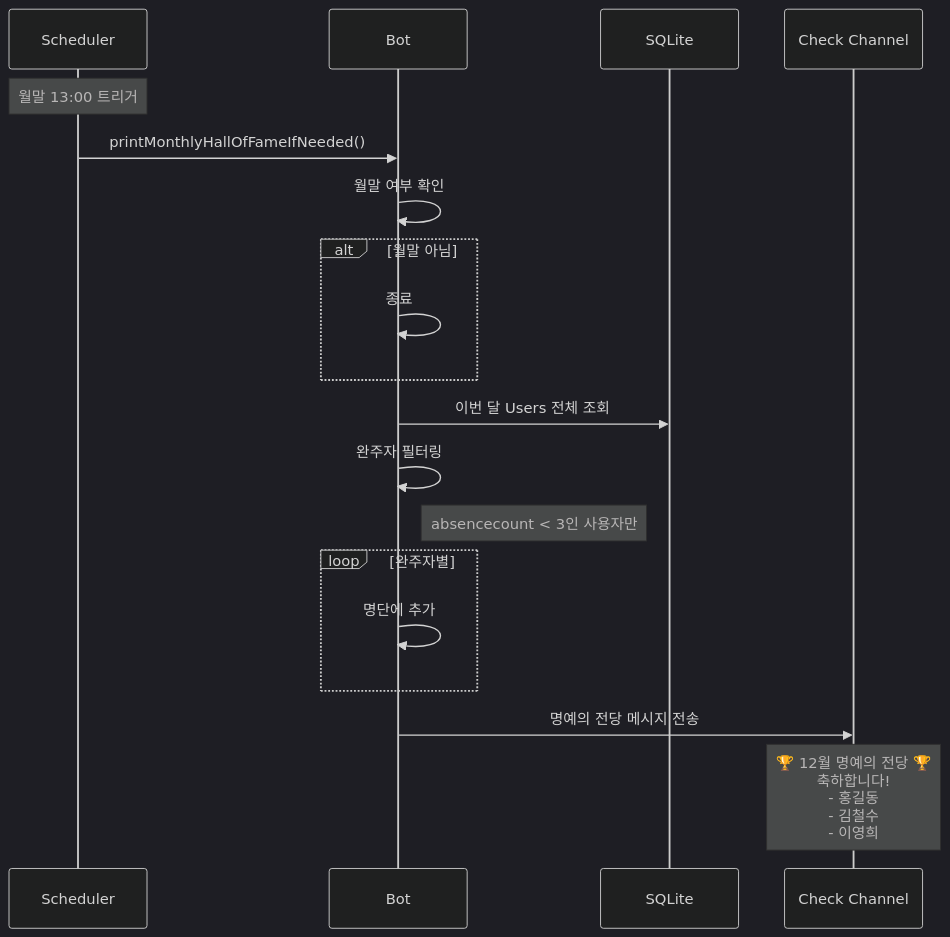
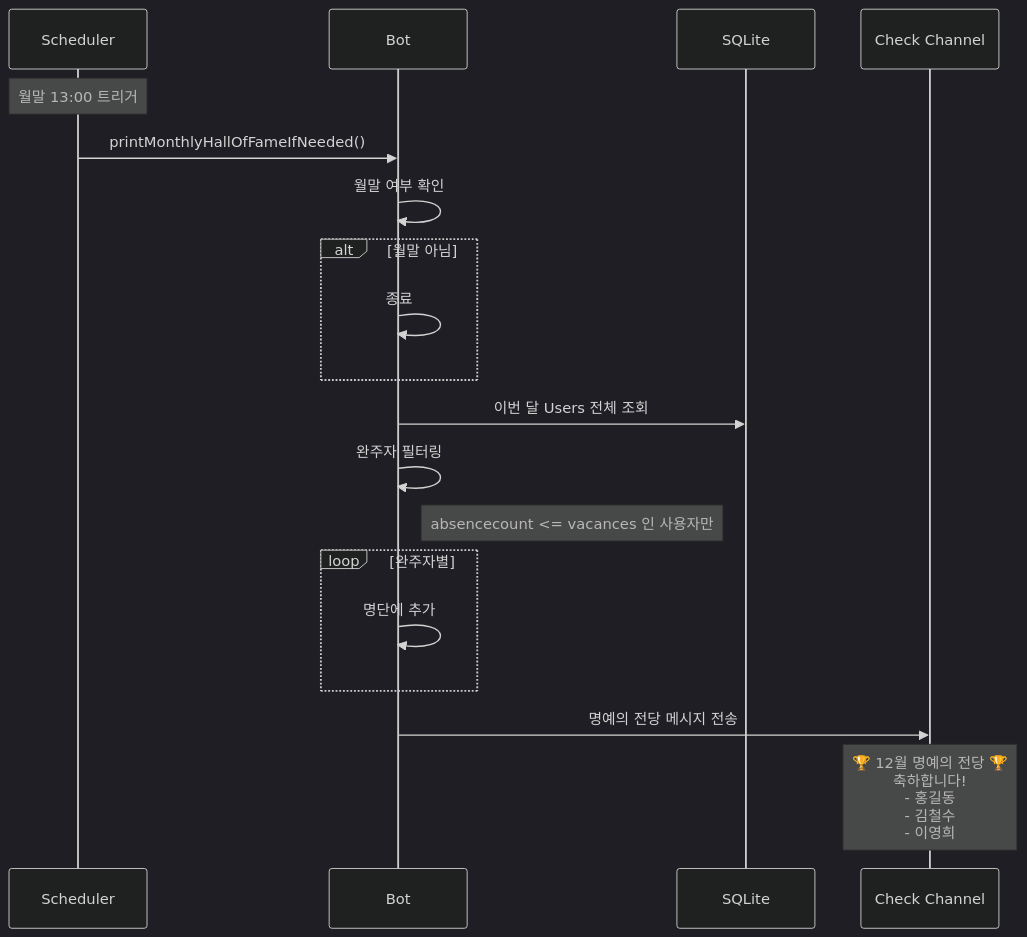
Before and after one commit to honki12345/haruharu-discord-bot: the seventh of 12 diagrams in docs/USER_STORIES.md, drawn with Mermaid (dark theme). The commit also changed other lines of this file and 5 other files, not shown here.

````diff
--- a/docs/USER_STORIES.md
+++ b/docs/USER_STORIES.md
@@ -326,27 +328,27 @@
 ```mermaid
 sequenceDiagram
     participant S as Scheduler
     participant B as Bot
     participant DB as SQLite
     participant C as Check Channel
 
     Note over S: 월말 13:00 트리거
     S->>B: printMonthlyHallOfFameIfNeeded()
 
     B->>B: 월말 여부 확인
     alt 월말 아님
         B->>B: 종료
     end
 
     B->>DB: 이번 달 Users 전체 조회
 
     B->>B: 완주자 필터링
-    Note right of B: absencecount < 3인 사용자만
+    Note right of B: absencecount <= vacances 인 사용자만
 
     loop 완주자별
         B->>B: 명단에 추가
     end
 
     B->>C: 명예의 전당 메시지 전송
     Note over C: 🏆 12월 명예의 전당 🏆<br/>축하합니다!<br/>- 홍길동<br/>- 김철수<br/>- 이영희
 ```
````
